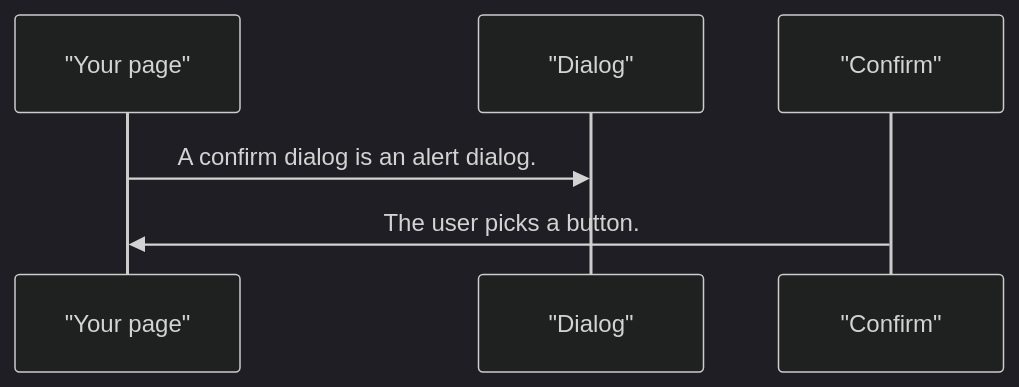
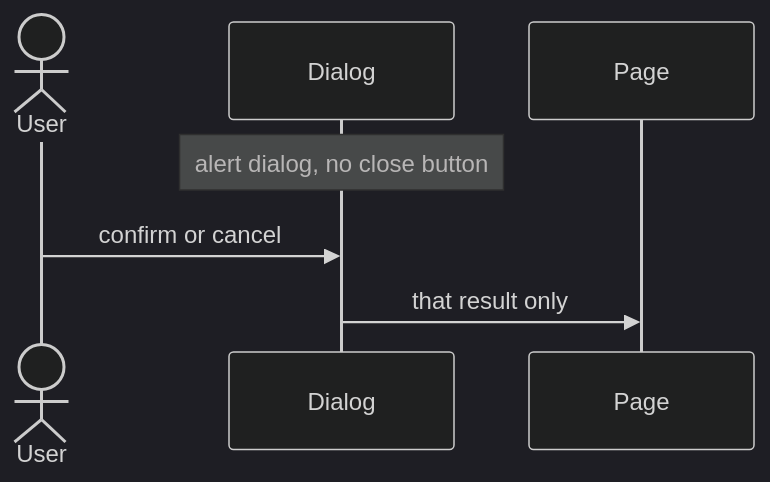
Before and after one commit to RajshekharBorate/pixel-ui: the fourth of 4 diagrams in projects/pixel-ui/src/lib/pixel-dialog/DESIGN.md, drawn with Mermaid (dark theme). The commit also changed other lines of this file and 73 other files, not shown here.

Commit message:
Explain who owns each value and what each flow does in every component and service design.

````diff
--- a/projects/pixel-ui/src/lib/pixel-dialog/DESIGN.md
+++ b/projects/pixel-ui/src/lib/pixel-dialog/DESIGN.md
@@ -79,8 +102,9 @@
 ```mermaid
 sequenceDiagram
-  participant page as "Your page"
-  participant dialog as "Dialog"
-  participant confirm as "Confirm"
-  page->>dialog: A confirm dialog is an alert dialog.
-  confirm->>page: The user picks a button.
+  actor User
+  participant Dialog
+  participant Page
+  Note over Dialog: alert dialog, no close button
+  User->>Dialog: confirm or cancel
+  Dialog->>Page: that result only
 ```
````
